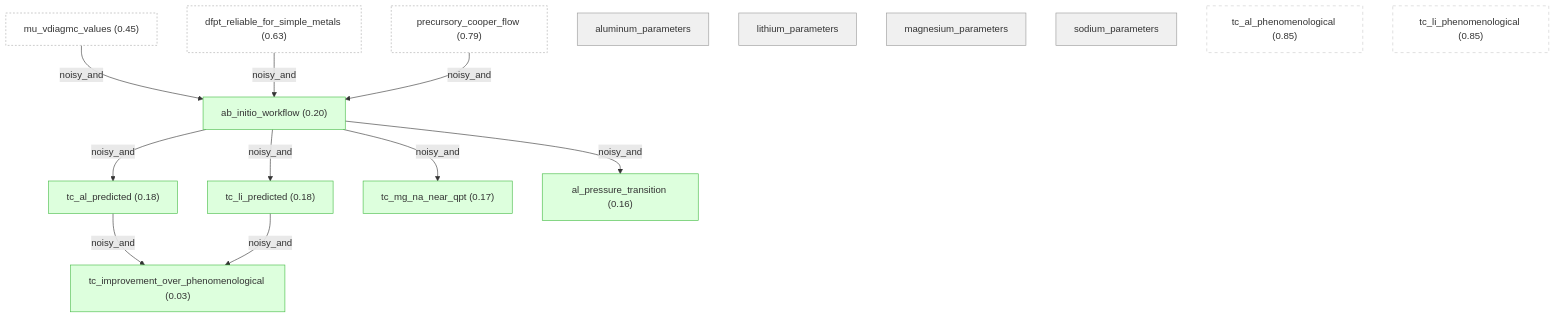
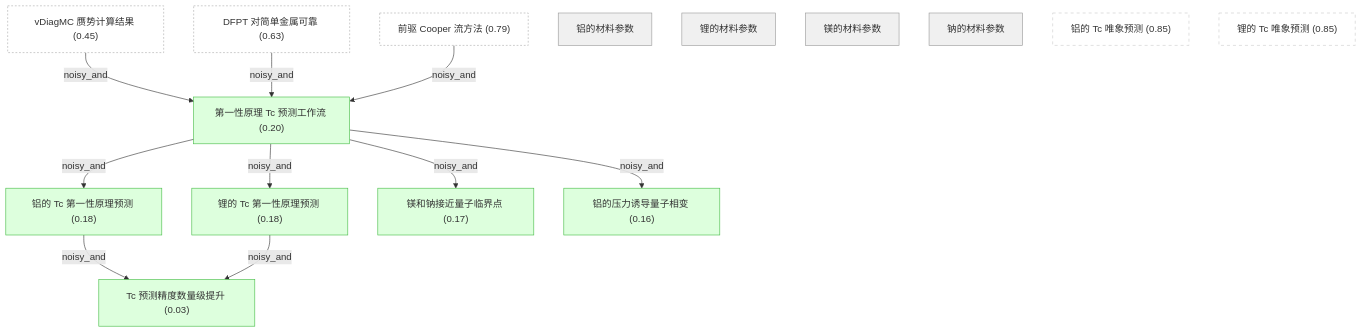
One commit to kunyuan/SuperconductivityElectronLiquids.gaia changed the sixth of 6 diagrams in README.md. Above: the diagram before and after it, drawn with Mermaid. The commit also changed other lines of this file and 7 other files, not shown here.

````diff
--- a/README.md
+++ b/README.md
@@ -274,34 +332,34 @@
 ```mermaid
 graph TD
-    precursory_cooper_flow["precursory_cooper_flow (0.79)"]:::external
-    mu_vdiagmc_values["mu_vdiagmc_values (0.45)"]:::external
-    dfpt_reliable_for_simple_metals["dfpt_reliable_for_simple_metals (0.63)"]:::external
-    aluminum_parameters["aluminum_parameters"]:::setting
-    lithium_parameters["lithium_parameters"]:::setting
-    magnesium_parameters["magnesium_parameters"]:::setting
-    sodium_parameters["sodium_parameters"]:::setting
-    ab_initio_workflow["ab_initio_workflow (0.20)"]:::derived
-    tc_al_predicted["tc_al_predicted (0.18)"]:::derived
-    tc_al_phenomenological["tc_al_phenomenological (0.85)"]:::orphan
-    tc_li_predicted["tc_li_predicted (0.18)"]:::derived
-    tc_li_phenomenological["tc_li_phenomenological (0.85)"]:::orphan
-    tc_mg_na_near_qpt["tc_mg_na_near_qpt (0.17)"]:::derived
-    al_pressure_transition["al_pressure_transition (0.16)"]:::derived
-    tc_improvement_over_phenomenological["tc_improvement_over_phenomenological (0.03)"]:::derived
+    precursory_cooper_flow["前驱 Cooper 流方法 (0.79)"]:::external
+    mu_vdiagmc_values["vDiagMC 赝势计算结果 (0.45)"]:::external
+    dfpt_reliable_for_simple_metals["DFPT 对简单金属可靠 (0.63)"]:::external
+    aluminum_parameters["铝的材料参数"]:::setting
+    lithium_parameters["锂的材料参数"]:::setting
+    magnesium_parameters["镁的材料参数"]:::setting
+    sodium_parameters["钠的材料参数"]:::setting
+    ab_initio_workflow["第一性原理 Tc 预测工作流 (0.20)"]:::derived
+    tc_al_predicted["铝的 Tc 第一性原理预测 (0.18)"]:::derived
+    tc_al_phenomenological["铝的 Tc 唯象预测 (0.85)"]:::orphan
+    tc_li_predicted["锂的 Tc 第一性原理预测 (0.18)"]:::derived
+    tc_li_phenomenological["锂的 Tc 唯象预测 (0.85)"]:::orphan
+    tc_mg_na_near_qpt["镁和钠接近量子临界点 (0.17)"]:::derived
+    al_pressure_transition["铝的压力诱导量子相变 (0.16)"]:::derived
+    tc_improvement_over_phenomenological["Tc 预测精度数量级提升 (0.03)"]:::derived
     ab_initio_workflow -->|noisy_and| tc_al_predicted
     ab_initio_workflow -->|noisy_and| tc_li_predicted
     ab_initio_workflow -->|noisy_and| tc_mg_na_near_qpt
     ab_initio_workflow -->|noisy_and| al_pressure_transition
     mu_vdiagmc_values -->|noisy_and| ab_initio_workflow
     dfpt_reliable_for_simple_metals -->|noisy_and| ab_initio_workflow
     precursory_cooper_flow -->|noisy_and| ab_initio_workflow
     tc_al_predicted -->|noisy_and| tc_improvement_over_phenomenological
     tc_li_predicted -->|noisy_and| tc_improvement_over_phenomenological
 
     classDef setting fill:#f0f0f0,stroke:#999
     classDef premise fill:#ddeeff,stroke:#4488bb
     classDef derived fill:#ddffdd,stroke:#44bb44
     classDef question fill:#fff3dd,stroke:#cc9944
     classDef orphan fill:#fff,stroke:#ccc,stroke-dasharray: 5 5
     classDef external fill:#fff,stroke:#aaa,stroke-dasharray: 3 3
 ```
````
